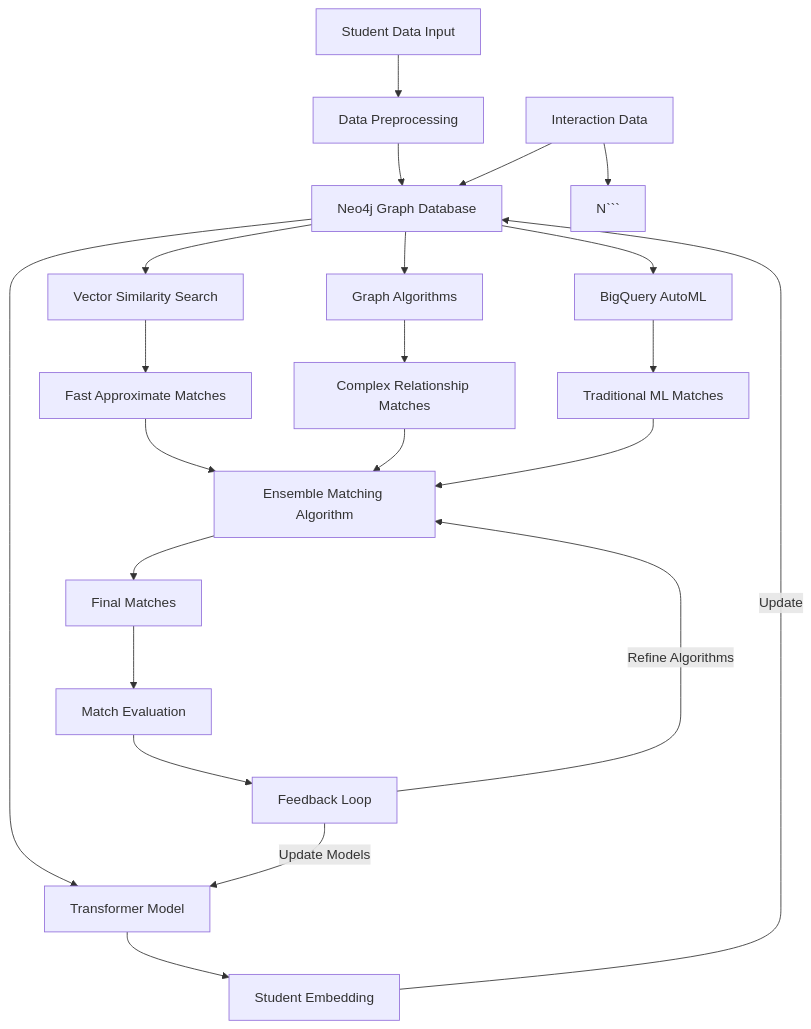
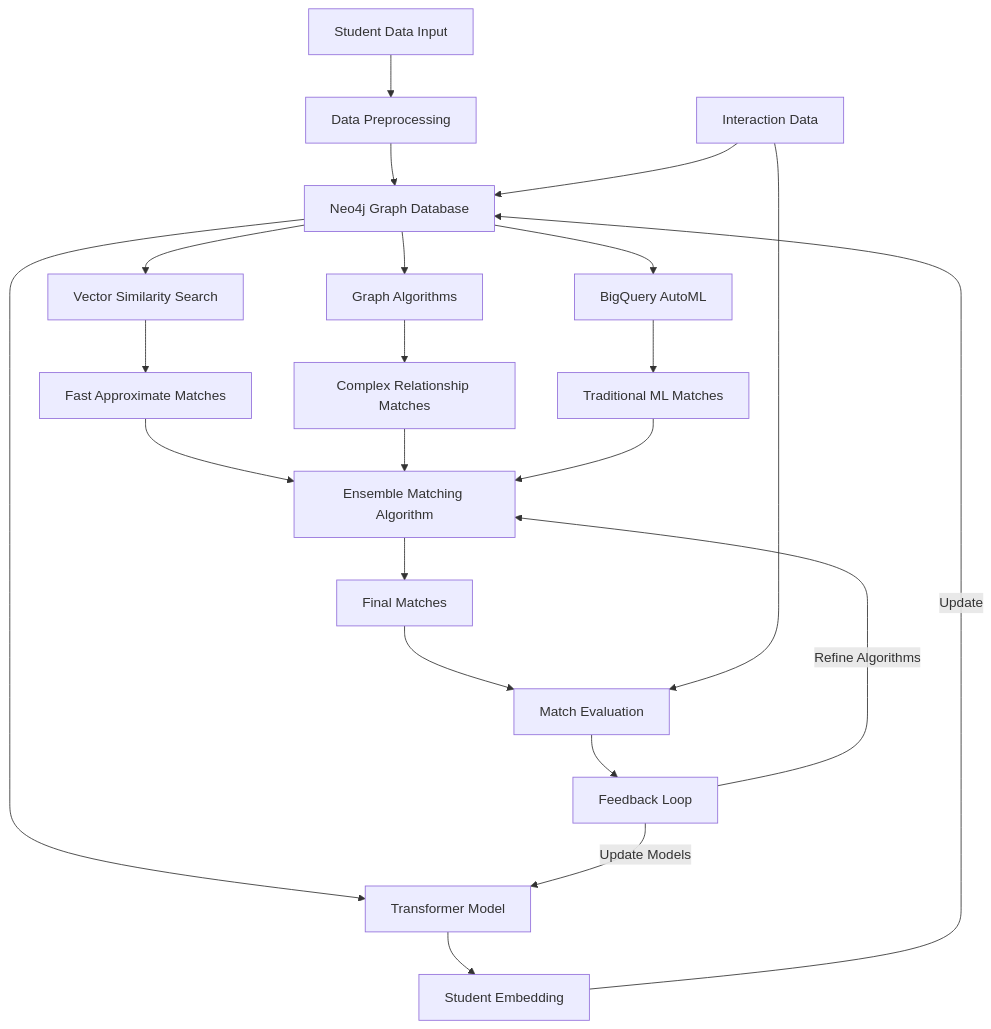
Before and after one commit to piotrostr/pathfinder: the diagram in README.md, drawn with Mermaid.

Commit message:
fix formatting

`````diff
--- a/README.md
+++ b/README.md
@@ -78,24 +78,24 @@
-````mermaid
+```mermaid
 graph TD
     A[Student Data Input] --> B[Data Preprocessing]
     B --> C[Neo4j Graph Database]
     C --> D[Transformer Model]
     D --> E[Student Embedding]
     E --> |Update| C
     C --> F[Vector Similarity Search]
     C --> G[Graph Algorithms]
     C --> H[BigQuery AutoML]
     F --> I[Fast Approximate Matches]
     G --> J[Complex Relationship Matches]
     H --> K[Traditional ML Matches]
     I --> L[Ensemble Matching Algorithm]
     J --> L
     K --> L
     L --> M[Final Matches]
     M --> N[Match Evaluation]
     N --> O[Feedback Loop]
     O --> |Update Models| D
     O --> |Refine Algorithms| L
     P[Interaction Data] --> C
-    P --> N```
-````
+    P --> N
+```
`````
